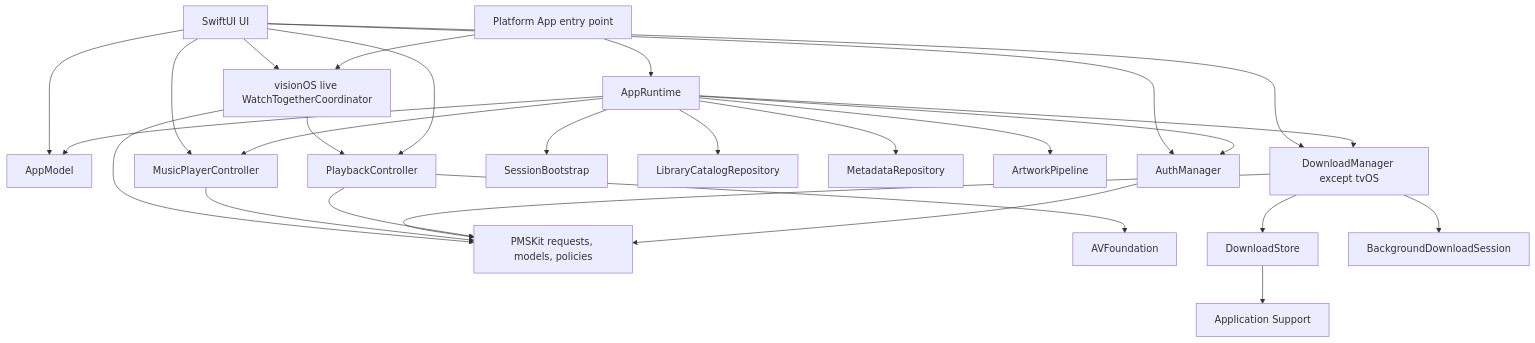
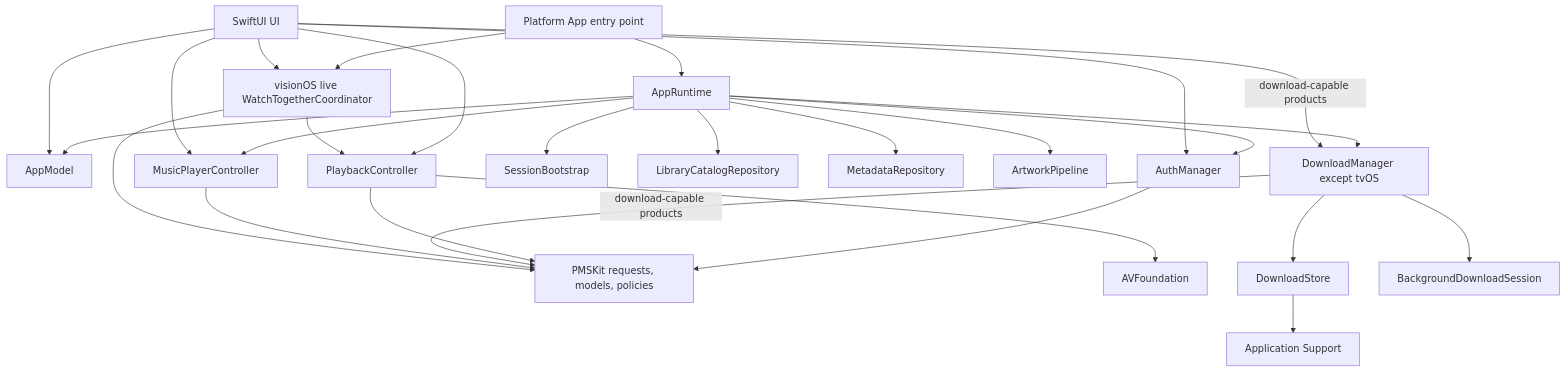
The diagram in docs/ARCHITECTURE.md (jlipworth/Labstream), drawn with Mermaid before and after one commit. The commit also changed other lines of this file and 55 other files, not shown here.

First line of the commit message:
Bump all platforms to 1.6.1 and document release flow (#279)

````diff
--- a/docs/ARCHITECTURE.md
+++ b/docs/ARCHITECTURE.md
@@ -9,34 +9,34 @@
 ```mermaid
 flowchart TD
   accTitle: App and package composition
   accDescr: Platform entry points create long-lived app services used by SwiftUI. App-owned playback, downloads, music, and SharePlay use PMSKit policies and requests while retaining their own framework and persistence effects.
   Entry[Platform App entry point] --> Runtime[AppRuntime]
   Runtime --> Model[AppModel]
   Runtime --> Auth[AuthManager]
   Runtime --> Downloads[DownloadManager except tvOS]
   Runtime --> Music[MusicPlayerController]
   Runtime --> Bootstrap[SessionBootstrap]
   Runtime --> Catalog[LibraryCatalogRepository]
   Runtime --> Metadata[MetadataRepository]
   Runtime --> Artwork[ArtworkPipeline]
   Entry --> SharePlay[visionOS live WatchTogetherCoordinator]
 
   UI[SwiftUI UI] --> Model
   UI --> Auth
-  UI --> Downloads
+  UI -->|download-capable products| Downloads
   UI --> Music
   UI --> Player[PlaybackController]
   UI --> SharePlay
   SharePlay --> Player
 
   Auth --> PMSKit[PMSKit requests, models, policies]
   Player --> PMSKit
-  Downloads --> PMSKit
+  Downloads -->|download-capable products| PMSKit
   Music --> PMSKit
   SharePlay --> PMSKit
 
   Player --> AV[AVFoundation]
   Downloads --> Store[DownloadStore]
   Downloads --> BG[BackgroundDownloadSession]
   Store --> Files[Application Support]
 ```
````
